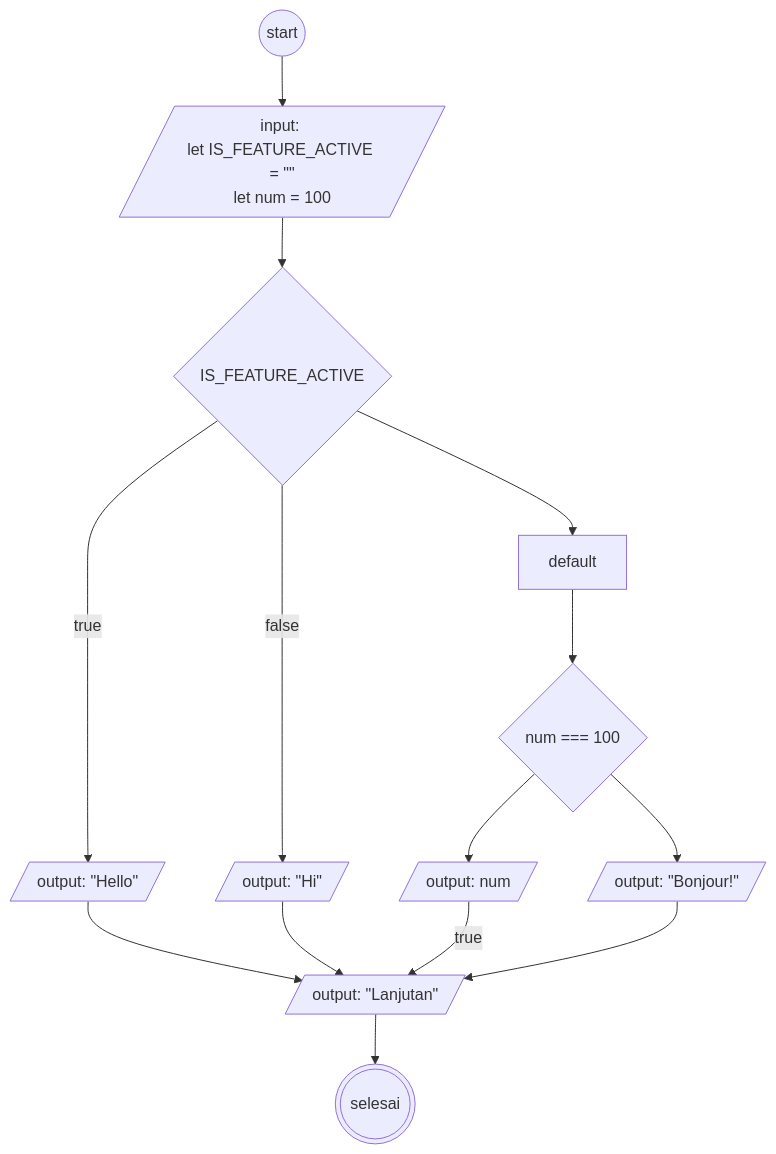
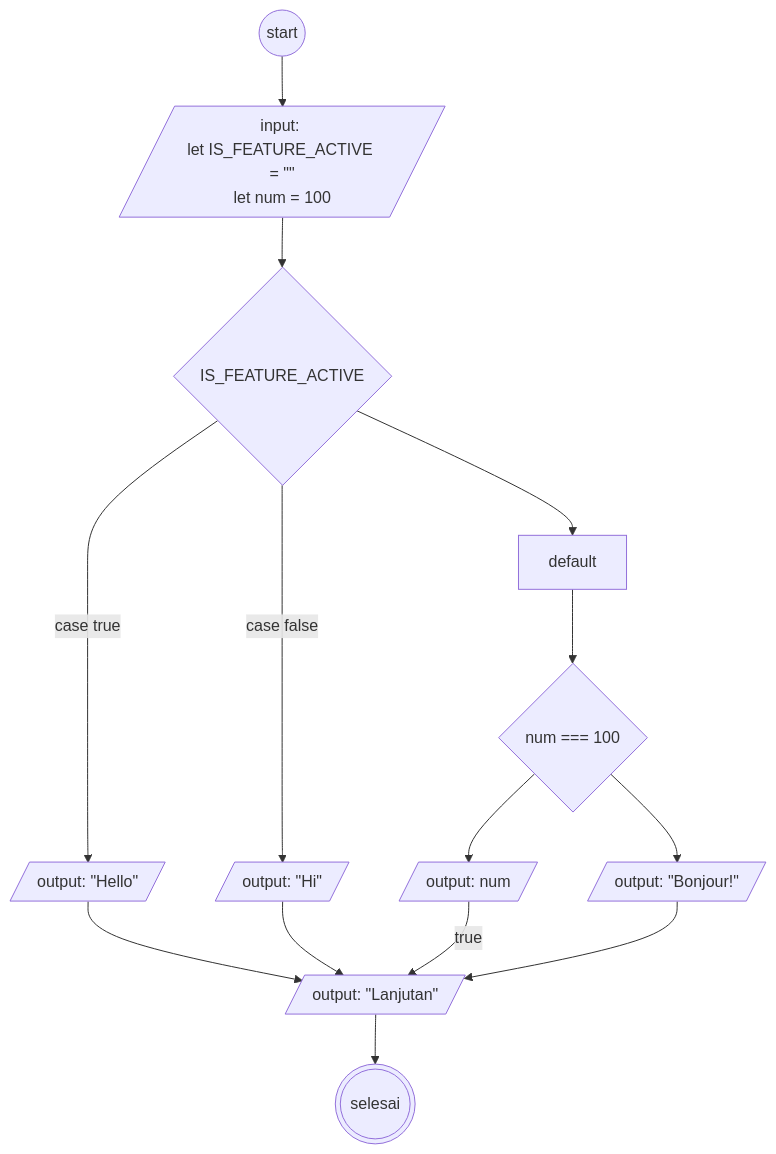
Before and after one commit to mslthn/koda-b6-javascript1: the diagram in flowchart-switch.md, drawn with Mermaid.

````diff
--- a/flowchart-switch.md
+++ b/flowchart-switch.md
@@ -1,31 +1,31 @@
 ```mermaid
 flowchart TD
 
 start@{shape: circ}
 init@{shape: lean-r, label: "input: 
 let IS_FEATURE_ACTIVE = #quot;#quot;
 let num = 100"}
 
 switch@{shape: diamond, label: "IS_FEATURE_ACTIVE"}
 caseT@{shape: lean-r, label: "output: #quot;Hello#quot;"}
 caseF@{shape: lean-r, label: "output: #quot;Hi#quot;"}
 default@{}
 if@{shape: diamond, label: "num === 100"}
 ifT@{shape: lean-r, label: "output: num"}
 else@{shape: lean-r, label: "output: #quot;Bonjour!#quot;"}
 lanjutan@{shape: lean-r, label: "output: #quot;Lanjutan#quot;"}
 selesai@{shape: dbl-circ}
 
 start-->init-->switch
-switch-->|true| caseT
-switch-->|false| caseF
+switch-->|case true| caseT
+switch-->|case false| caseF
 switch-->default
 default-->if
 if-->ifT
 if-->else
 caseT-->lanjutan
 caseF-->lanjutan
 ifT-->|true| lanjutan
 else-->lanjutan
 lanjutan-->selesai
 ```
````
